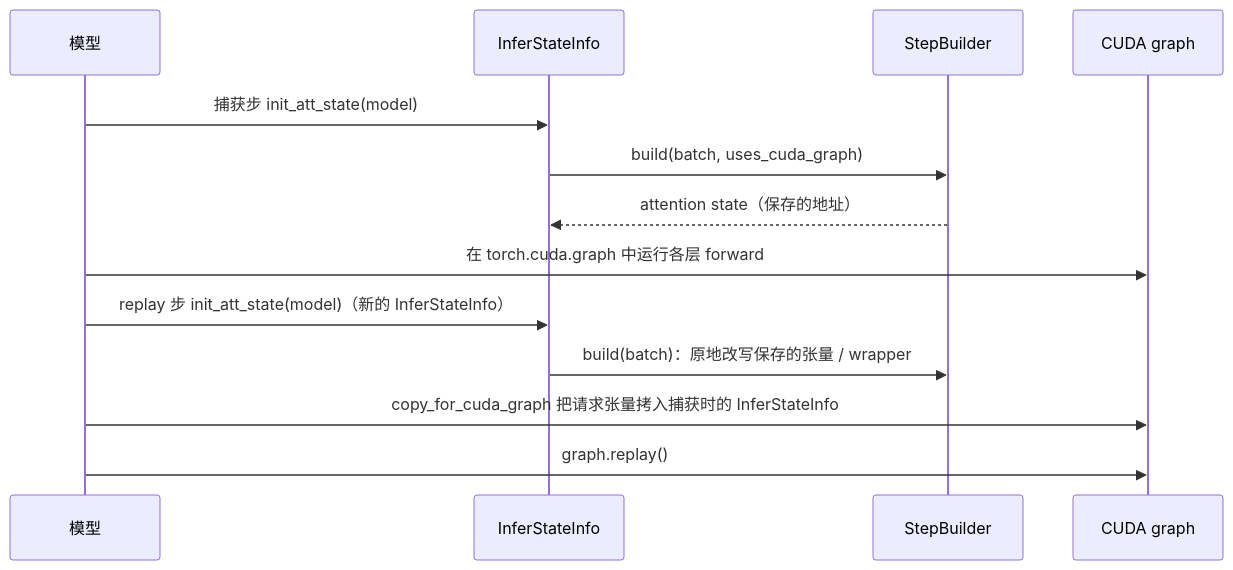
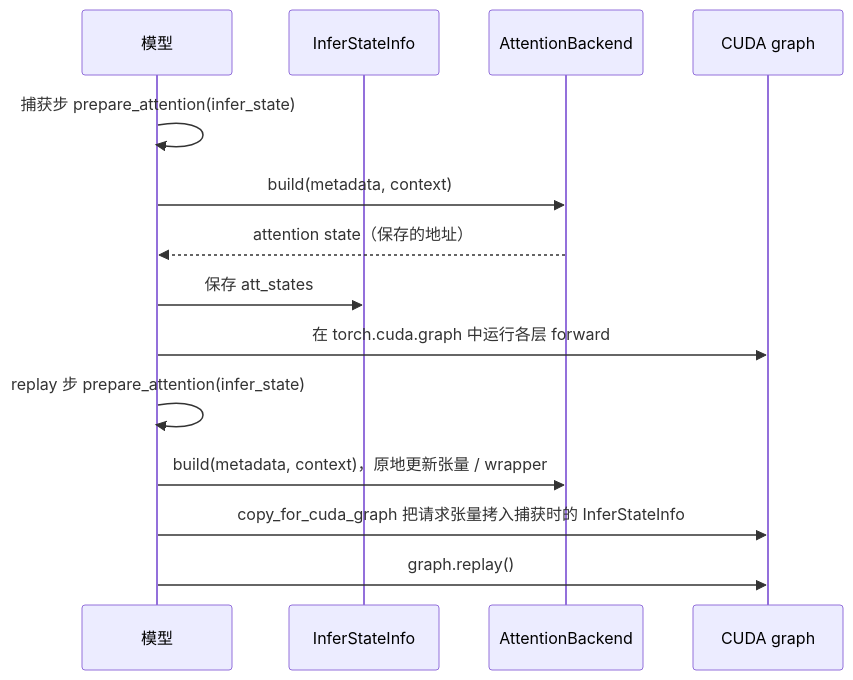
Before and after one commit to ModelTC/LightLLM: the second of 2 diagrams in docs/CN/source/framework/attention_backend_design.md, drawn with Mermaid. The commit also changed other lines of this file and 82 other files, not shown here.

Commit message:
refactor(attention): unify backend state preparation and layer execution

````diff
--- a/docs/CN/source/framework/attention_backend_design.md
+++ b/docs/CN/source/framework/attention_backend_design.md
@@ -192,15 +190,16 @@
 ```mermaid
 sequenceDiagram
     participant M as 模型
     participant A as InferStateInfo
-    participant B as StepBuilder
+    participant B as AttentionBackend
     participant G as CUDA graph
-    M->>A: 捕获步 init_att_state(model)
-    A->>B: build(batch, uses_cuda_graph)
-    B-->>A: attention state（保存的地址）
+    M->>M: 捕获步 prepare_attention(infer_state)
+    M->>B: build(metadata, context)
+    B-->>M: attention state（保存的地址）
+    M->>A: 保存 att_states
     M->>G: 在 torch.cuda.graph 中运行各层 forward
-    M->>A: replay 步 init_att_state(model)（新的 InferStateInfo）
-    A->>B: build(batch)：原地改写保存的张量 / wrapper
+    M->>M: replay 步 prepare_attention(infer_state)
+    M->>B: build(metadata, context)，原地更新张量 / wrapper
     M->>G: copy_for_cuda_graph 把请求张量拷入捕获时的 InferStateInfo
     M->>G: graph.replay()
 ```
````
